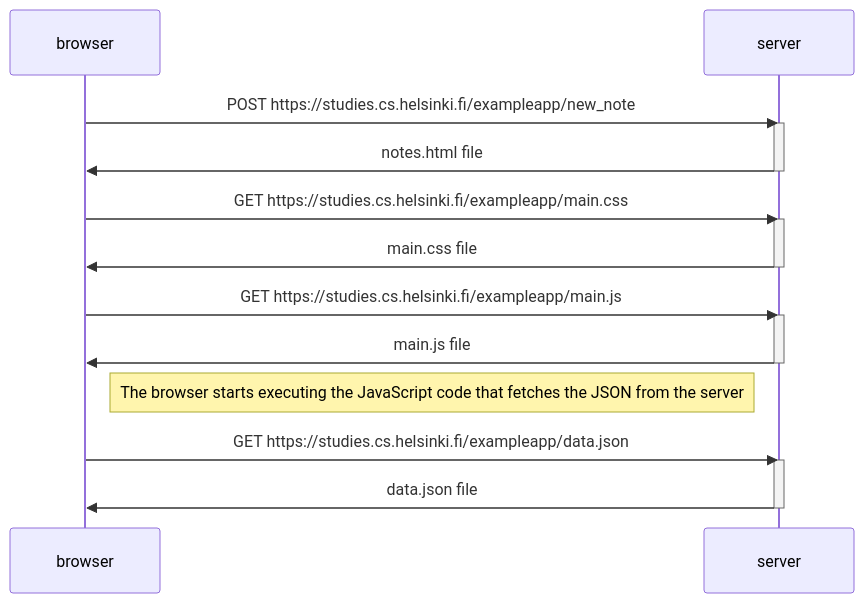
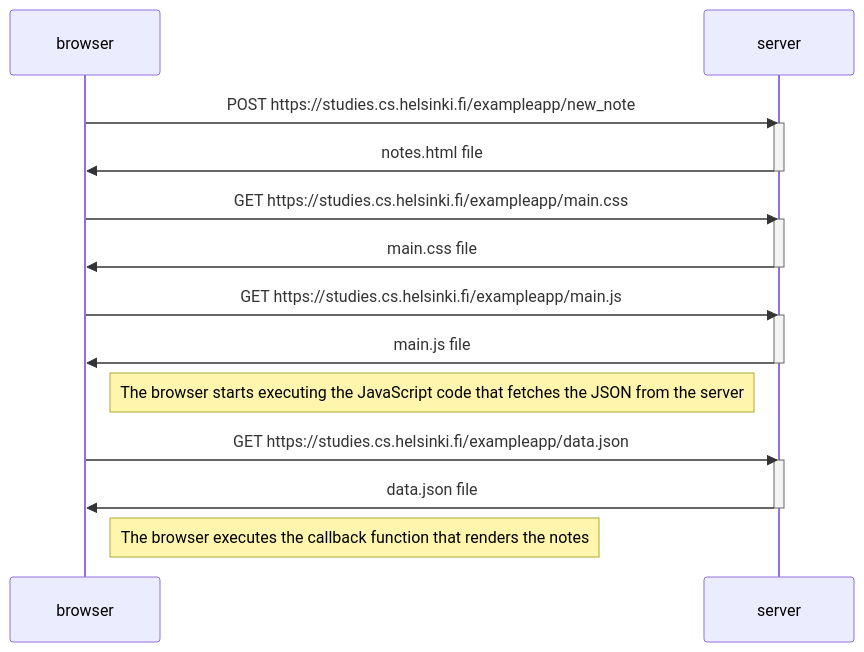
One commit to B-Akcan/Fullstack-Open changed the diagram in part0/4/new_note_diagram.mermaid. Above: the diagram before and after it, drawn with Mermaid. The commit also changed other lines of this file, not shown here.

```diff
--- a/part0/4/new_note_diagram.mermaid
+++ b/part0/4/new_note_diagram.mermaid
@@ -1,25 +1,27 @@
 sequenceDiagram
   participant browser
   participant server
 
   browser->>server: POST https://studies.cs.helsinki.fi/exampleapp/new_note
   activate server
   server->>browser: notes.html file
   deactivate server
 
   browser->>server: GET https://studies.cs.helsinki.fi/exampleapp/main.css
   activate server
   server->>browser: main.css file
   deactivate server
 
   browser->>server: GET https://studies.cs.helsinki.fi/exampleapp/main.js
   activate server
   server->>browser: main.js file
   deactivate server
 
   Note right of browser: The browser starts executing the JavaScript code that fetches the JSON from the server
 
   browser->>server: GET https://studies.cs.helsinki.fi/exampleapp/data.json
   activate server
   server->>browser: data.json file
   deactivate server
+
+  Note right of browser: The browser executes the callback function that renders the notes
```
